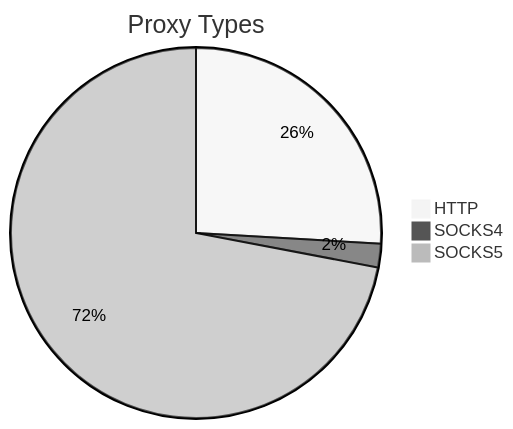
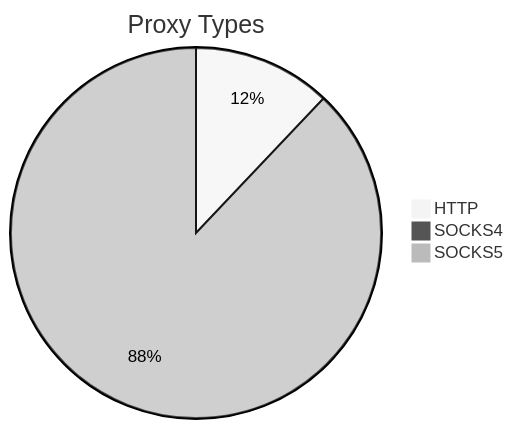
Before and after one commit to stormsia/proxy-list: the first of 2 diagrams in README.md, drawn with Mermaid (neutral theme). The commit also changed other lines of this file, not shown here.

````diff
--- a/README.md
+++ b/README.md
@@ -21,6 +21,6 @@
 ```mermaid
 pie title Proxy Types
-    "HTTP" : 126
-    "SOCKS4" : 10
-    "SOCKS5" : 350
+    "HTTP" : 77
+    "SOCKS4" : 2
+    "SOCKS5" : 561
 ```
````
